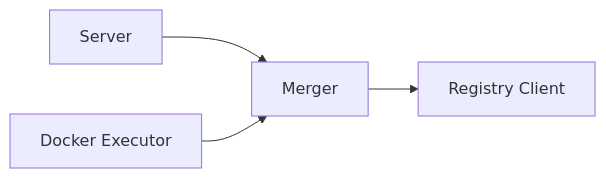
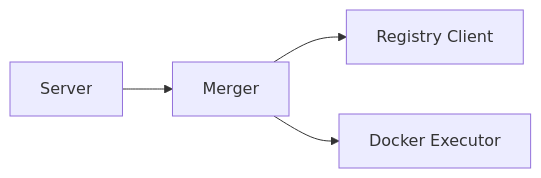
Before and after one commit to AtomiCloud/sulfone.boron: the diagram in docs/developer/modules/03-merger.md, drawn with Mermaid. The commit also changed other lines of this file and 27 other files, not shown here.

````diff
--- a/docs/developer/modules/03-merger.md
+++ b/docs/developer/modules/03-merger.md
@@ -42,6 +42,6 @@
 ```mermaid
 flowchart LR
     A[Merger] --> B[Registry Client]
+    A --> D[Docker Executor]
     C[Server] --> A
-    D[Docker Executor] --> A
 ```
````
